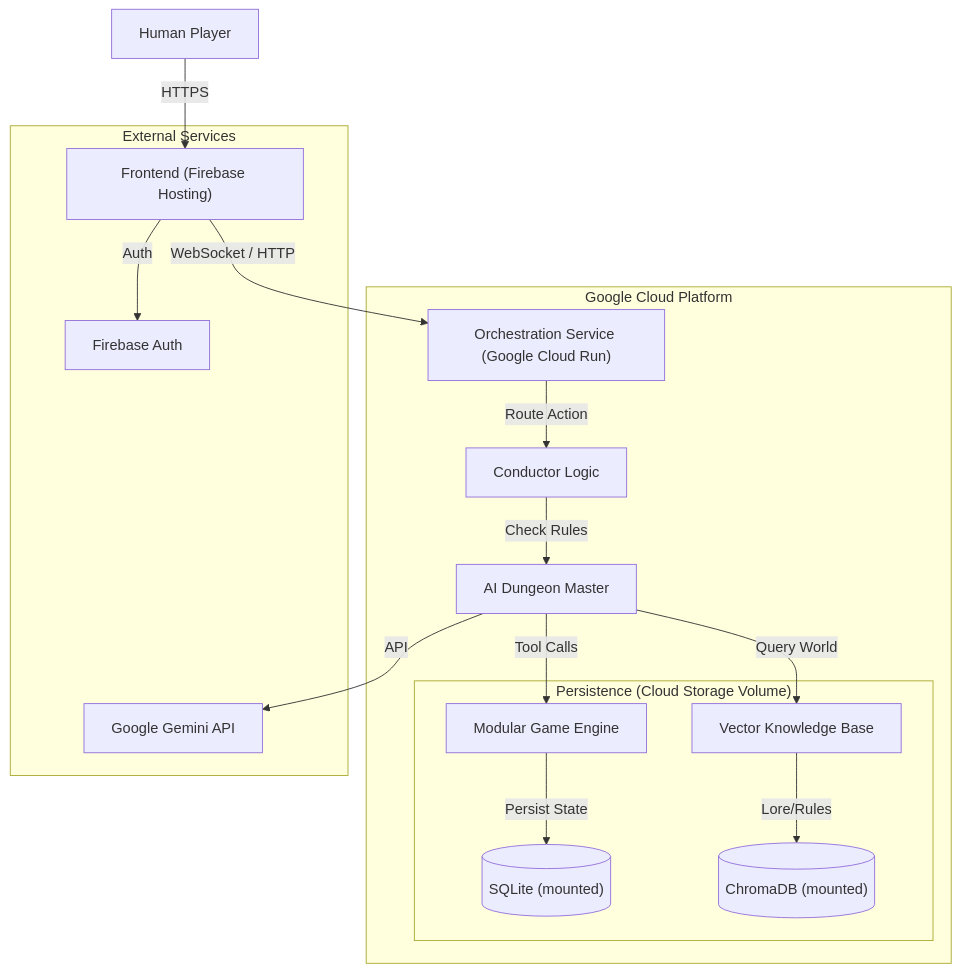
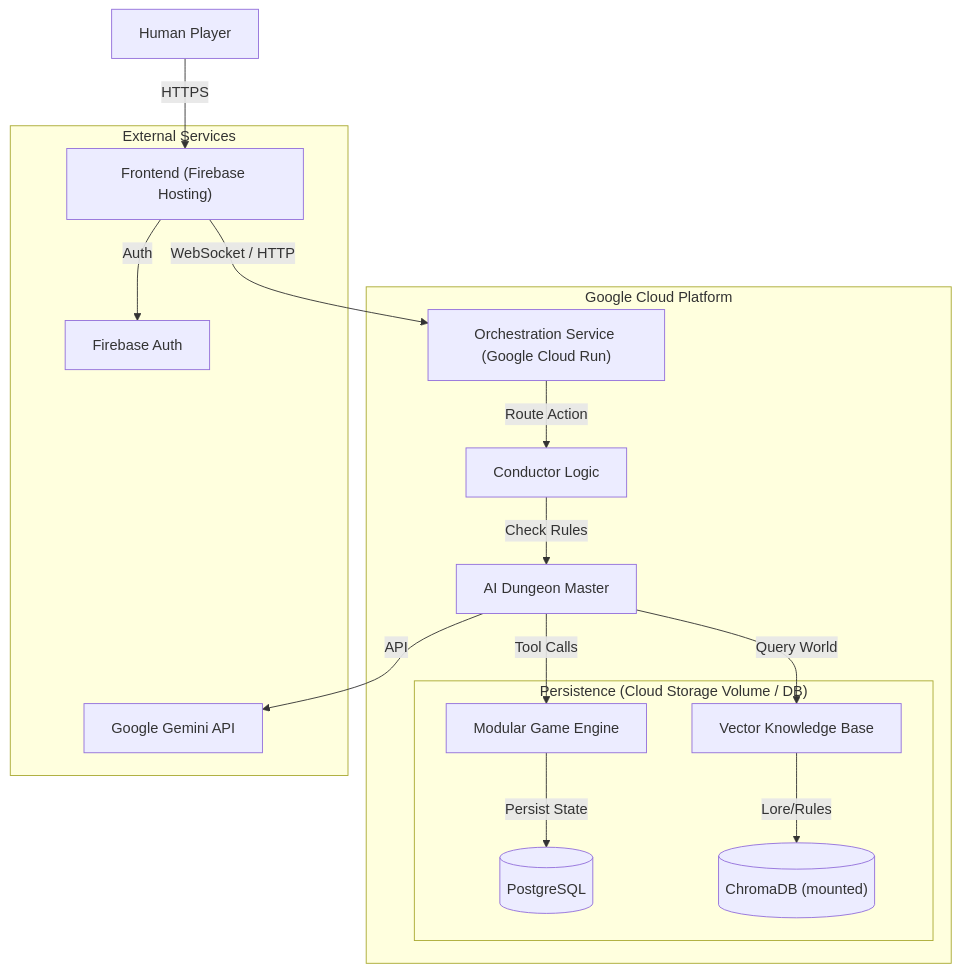
The diagram in design_docs/architecture.md (latentnyc/RoundTable_4_1), drawn with Mermaid before and after one commit. The commit also changed other lines of this file and 85 other files, not shown here.

````diff
--- a/design_docs/architecture.md
+++ b/design_docs/architecture.md
@@ -5,23 +5,23 @@
 ```mermaid
 graph TD
     User["Human Player"] -->|HTTPS| FE["Frontend (Firebase Hosting)"]
     FE -->|WebSocket / HTTP| CloudRun["Orchestration Service (Google Cloud Run)"]
 
     subgraph "Google Cloud Platform"
         CloudRun -->|Route Action| Conductor["Conductor Logic"]
         Conductor -->|Check Rules| DM_Agent["AI Dungeon Master"]
 
         DM_Agent -->|Tool Calls| GameEngine["Modular Game Engine"]
         DM_Agent -->|Query World| VectorDB["Vector Knowledge Base"]
 
-        subgraph "Persistence (Cloud Storage Volume)"
-            GameEngine -->|Persist State| DB[("SQLite (mounted)")]
+        subgraph "Persistence (Cloud Storage Volume / DB)"
+            GameEngine -->|Persist State| DB[("PostgreSQL")]
             VectorDB -->|Lore/Rules| VectorStore[("ChromaDB (mounted)")]
         end
     end
 
     subgraph "External Services"
         DM_Agent -->|API| LLM["Google Gemini API"]
         FE -->|Auth| Firebase["Firebase Auth"]
     end
 ```
````
